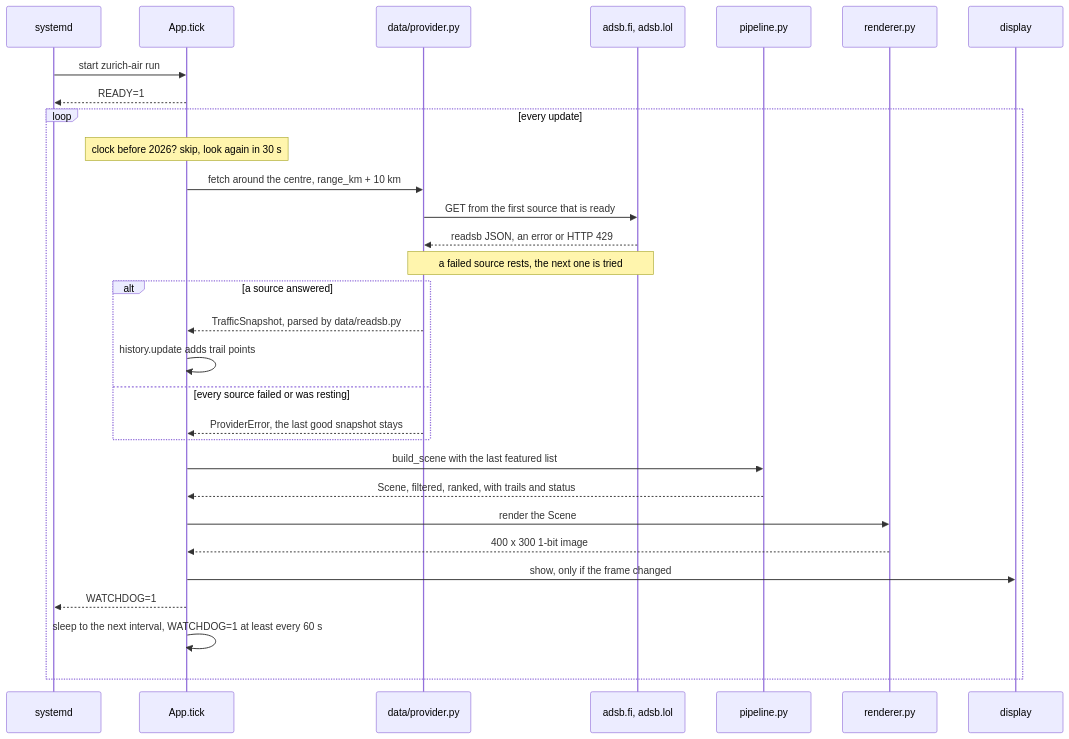
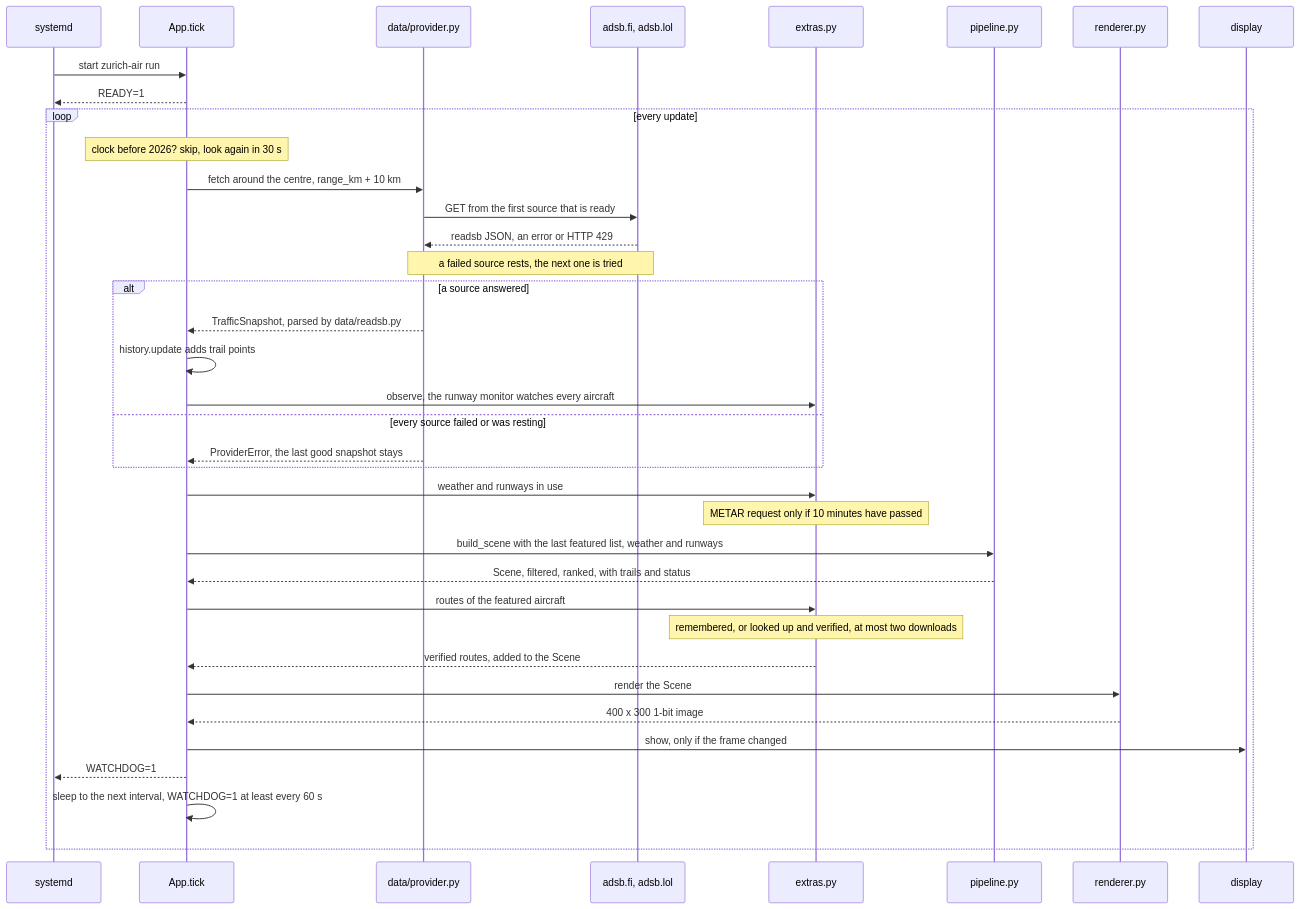
The third of 4 diagrams in docs/how-it-works.md (nandometzger/zurich-air), drawn with Mermaid before and after one commit. The commit also changed other lines of this file and 1 other file, not shown here.

First line of the commit message:
Explain the runways in use, route checks and weather

````diff
--- a/docs/how-it-works.md
+++ b/docs/how-it-works.md
@@ -81,32 +110,39 @@
 ```mermaid
 sequenceDiagram
     participant S as systemd
     participant A as App.tick
     participant P as data/provider.py
     participant N as adsb.fi, adsb.lol
+    participant X as extras.py
     participant B as pipeline.py
     participant R as renderer.py
     participant D as display
     S->>A: start zurich-air run
     A-->>S: READY=1
     loop every update
         Note over A: clock before 2026? skip, look again in 30 s
         A->>P: fetch around the centre, range_km + 10 km
         P->>N: GET from the first source that is ready
         N-->>P: readsb JSON, an error or HTTP 429
         Note over P,N: a failed source rests, the next one is tried
         alt a source answered
             P-->>A: TrafficSnapshot, parsed by data/readsb.py
             A->>A: history.update adds trail points
+            A->>X: observe, the runway monitor watches every aircraft
         else every source failed or was resting
             P-->>A: ProviderError, the last good snapshot stays
         end
-        A->>B: build_scene with the last featured list
+        A->>X: weather and runways in use
+        Note over X: METAR request only if 10 minutes have passed
+        A->>B: build_scene with the last featured list, weather and runways
         B-->>A: Scene, filtered, ranked, with trails and status
+        A->>X: routes of the featured aircraft
+        Note over X: remembered, or looked up and verified, at most two downloads
+        X-->>A: verified routes, added to the Scene
         A->>R: render the Scene
         R-->>A: 400 x 300 1-bit image
         A->>D: show, only if the frame changed
         A-->>S: WATCHDOG=1
         A->>A: sleep to the next interval, WATCHDOG=1 at least every 60 s
     end
 ```
````
